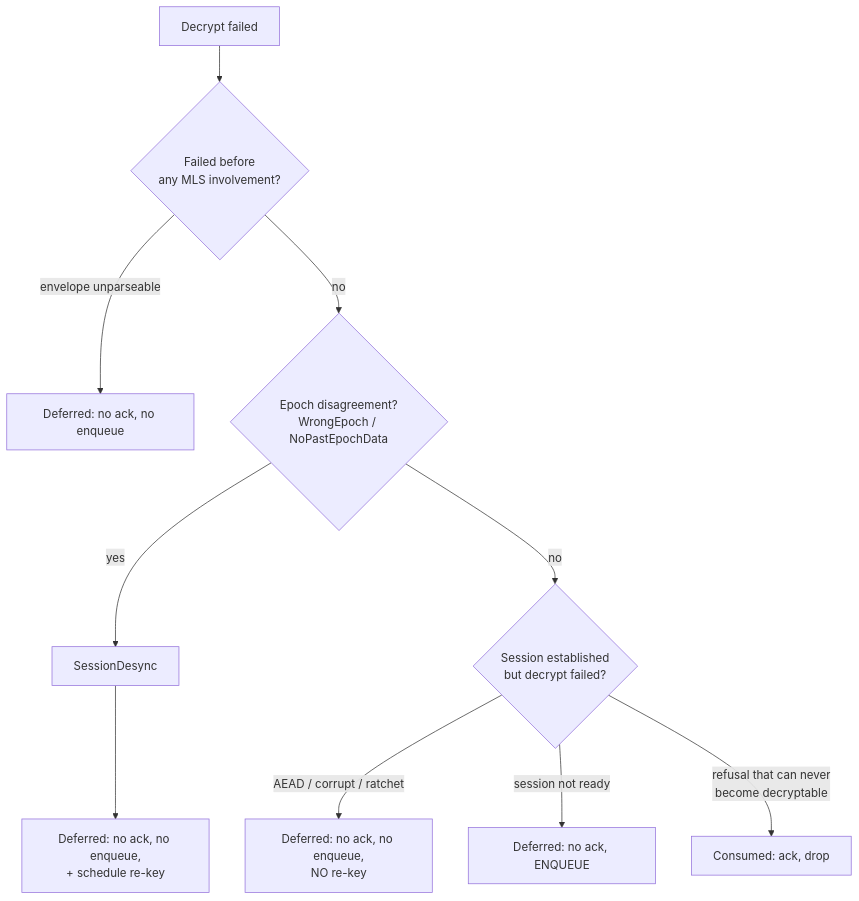
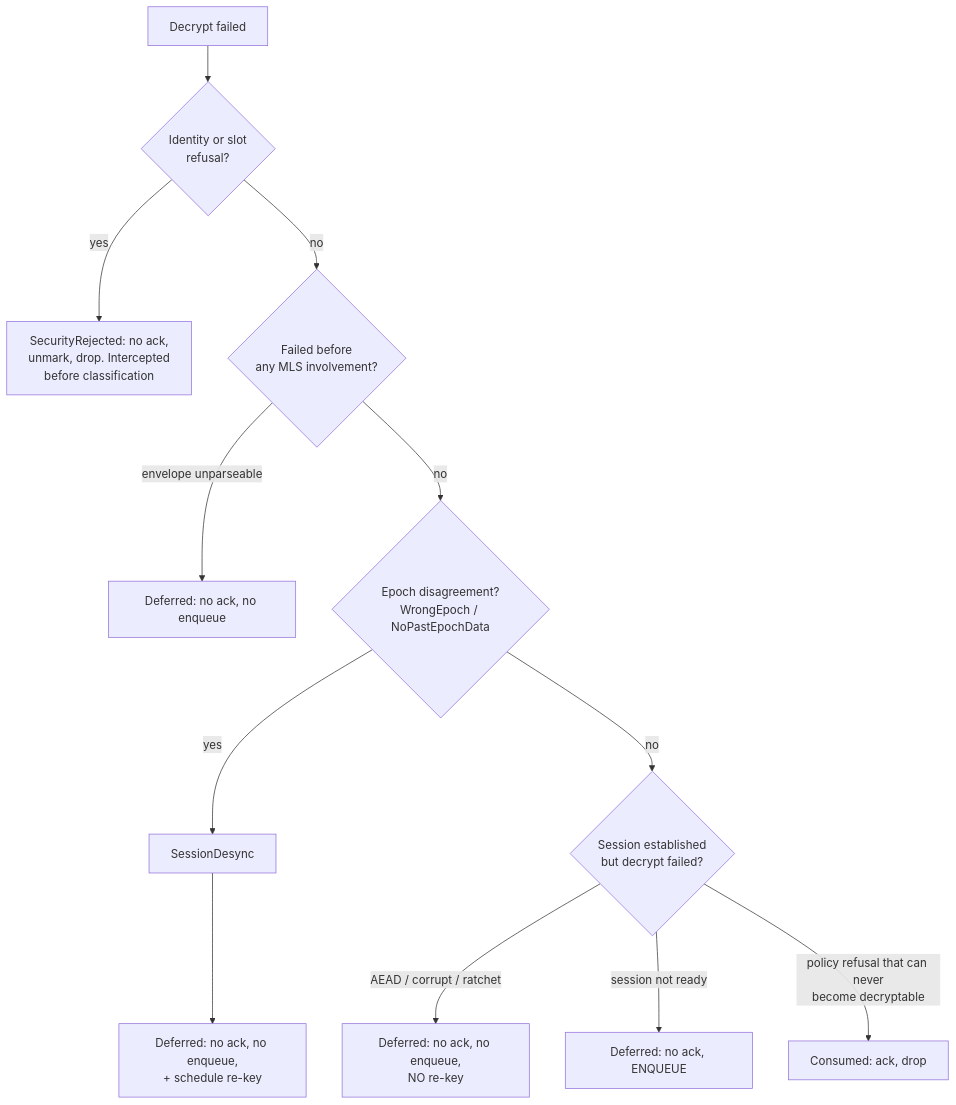
Before and after one commit to Offline-Protocol/offline-protocol-sdk: the second of 2 diagrams in docs/state-machines/delivery-and-acks.md, drawn with Mermaid. The commit also changed other lines of this file and 20 other files, not shown here.

````diff
--- a/docs/state-machines/delivery-and-acks.md
+++ b/docs/state-machines/delivery-and-acks.md
@@ -135,12 +138,14 @@
 ```mermaid
 flowchart TD
-    F[Decrypt failed] --> P{Failed before<br/>any MLS involvement?}
+    F[Decrypt failed] --> S{Identity or slot<br/>refusal?}
+    S -->|yes| SR[SecurityRejected: no ack,<br/>unmark, drop. Intercepted<br/>before classification]
+    S -->|no| P{Failed before<br/>any MLS involvement?}
     P -->|envelope unparseable| D1[Deferred: no ack, no enqueue]
     P -->|no| E{Epoch disagreement?<br/>WrongEpoch / NoPastEpochData}
     E -->|yes| SD[SessionDesync]
     SD --> D2[Deferred: no ack, no enqueue,<br/>+ schedule re-key]
     E -->|no| C{Session established<br/>but decrypt failed?}
     C -->|AEAD / corrupt / ratchet| D3[Deferred: no ack, no enqueue,<br/>NO re-key]
     C -->|session not ready| D4[Deferred: no ack, ENQUEUE]
-    C -->|refusal that can never<br/>become decryptable| K[Consumed: ack, drop]
+    C -->|policy refusal that can never<br/>become decryptable| K[Consumed: ack, drop]
 ```
````
